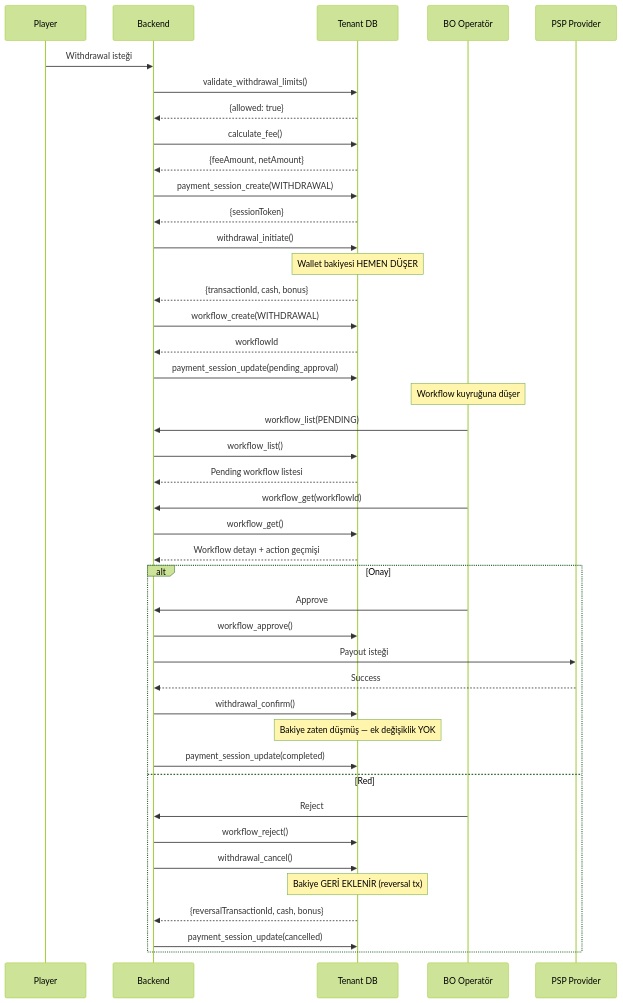
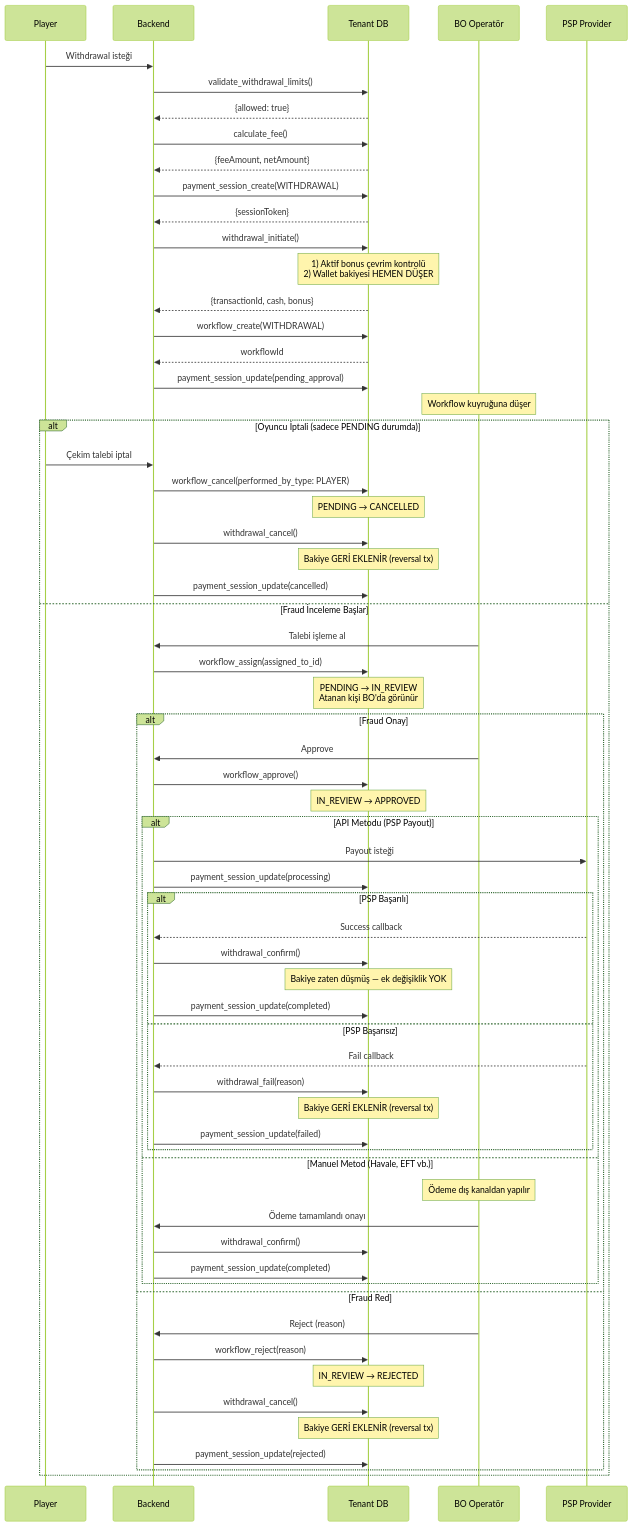
Before and after one commit to frhtshn/One.DB: the seventh of 9 diagrams in .docs/guides/FINANCE_GATEWAY_GUIDE.md, drawn with Mermaid (forest theme). The commit also changed other lines of this file, not shown here.

Commit message:
feat: Enhance withdrawal process with workflow state transition map and account adjustment guidelines

````diff
--- a/.docs/guides/FINANCE_GATEWAY_GUIDE.md
+++ b/.docs/guides/FINANCE_GATEWAY_GUIDE.md
@@ -230,48 +271,72 @@
 ```mermaid
 sequenceDiagram
     participant PL as Player
     participant BE as Backend
     participant TDB as Tenant DB
     participant BO as BO Operatör
     participant PSP as PSP Provider
 
     PL->>BE: Withdrawal isteği
     BE->>TDB: validate_withdrawal_limits()
     TDB-->>BE: {allowed: true}
     BE->>TDB: calculate_fee()
     TDB-->>BE: {feeAmount, netAmount}
     BE->>TDB: payment_session_create(WITHDRAWAL)
     TDB-->>BE: {sessionToken}
     BE->>TDB: withdrawal_initiate()
-    Note over TDB: Wallet bakiyesi HEMEN DÜŞER
+    Note over TDB: 1) Aktif bonus çevrim kontrolü<br/>2) Wallet bakiyesi HEMEN DÜŞER
     TDB-->>BE: {transactionId, cash, bonus}
     BE->>TDB: workflow_create(WITHDRAWAL)
     TDB-->>BE: workflowId
     BE->>TDB: payment_session_update(pending_approval)
 
     Note over BO: Workflow kuyruğuna düşer
 
-    BO->>BE: workflow_list(PENDING)
-    BE->>TDB: workflow_list()
-    TDB-->>BE: Pending workflow listesi
-    BO->>BE: workflow_get(workflowId)
-    BE->>TDB: workflow_get()
-    TDB-->>BE: Workflow detayı + action geçmişi
-
-    alt Onay
-        BO->>BE: Approve
-        BE->>TDB: workflow_approve()
-        BE->>PSP: Payout isteği
-        PSP-->>BE: Success
-        BE->>TDB: withdrawal_confirm()
-        Note over TDB: Bakiye zaten düşmüş — ek değişiklik YOK
-        BE->>TDB: payment_session_update(completed)
-    else Red
-        BO->>BE: Reject
-        BE->>TDB: workflow_reject()
+    alt Oyuncu İptali (sadece PENDING durumda)
+        PL->>BE: Çekim talebi iptal
+        BE->>TDB: workflow_cancel(performed_by_type: PLAYER)
+        Note over TDB: PENDING → CANCELLED
         BE->>TDB: withdrawal_cancel()
         Note over TDB: Bakiye GERİ EKLENİR (reversal tx)
-        TDB-->>BE: {reversalTransactionId, cash, bonus}
         BE->>TDB: payment_session_update(cancelled)
+    else Fraud İnceleme Başlar
+        BO->>BE: Talebi işleme al
+        BE->>TDB: workflow_assign(assigned_to_id)
+        Note over TDB: PENDING → IN_REVIEW<br/>Atanan kişi BO'da görünür
+
+        alt Fraud Onay
+            BO->>BE: Approve
+            BE->>TDB: workflow_approve()
+            Note over TDB: IN_REVIEW → APPROVED
+
+            alt API Metodu (PSP Payout)
+                BE->>PSP: Payout isteği
+                BE->>TDB: payment_session_update(processing)
+                alt PSP Başarılı
+                    PSP-->>BE: Success callback
+                    BE->>TDB: withdrawal_confirm()
+                    Note over TDB: Bakiye zaten düşmüş — ek değişiklik YOK
+                    BE->>TDB: payment_session_update(completed)
+                else PSP Başarısız
+                    PSP-->>BE: Fail callback
+                    BE->>TDB: withdrawal_fail(reason)
+                    Note over TDB: Bakiye GERİ EKLENİR (reversal tx)
+                    BE->>TDB: payment_session_update(failed)
+                end
+            else Manuel Metod (Havale, EFT vb.)
+                Note over BO: Ödeme dış kanaldan yapılır
+                BO->>BE: Ödeme tamamlandı onayı
+                BE->>TDB: withdrawal_confirm()
+                BE->>TDB: payment_session_update(completed)
+            end
+
+        else Fraud Red
+            BO->>BE: Reject (reason)
+            BE->>TDB: workflow_reject(reason)
+            Note over TDB: IN_REVIEW → REJECTED
+            BE->>TDB: withdrawal_cancel()
+            Note over TDB: Bakiye GERİ EKLENİR (reversal tx)
+            BE->>TDB: payment_session_update(rejected)
+        end
     end
 ```
````
